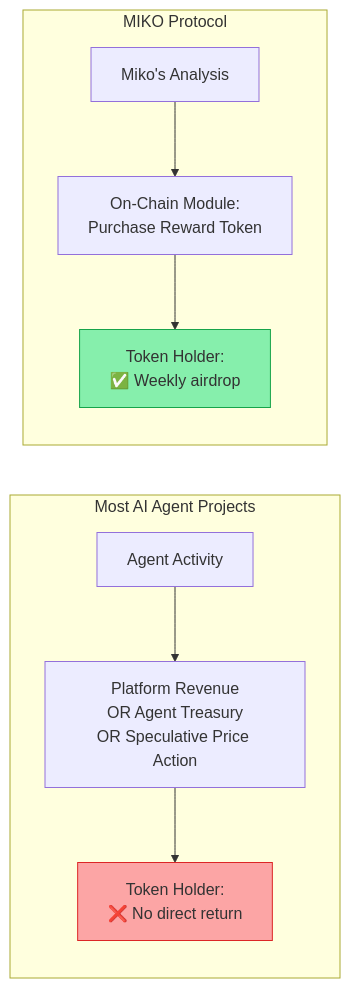
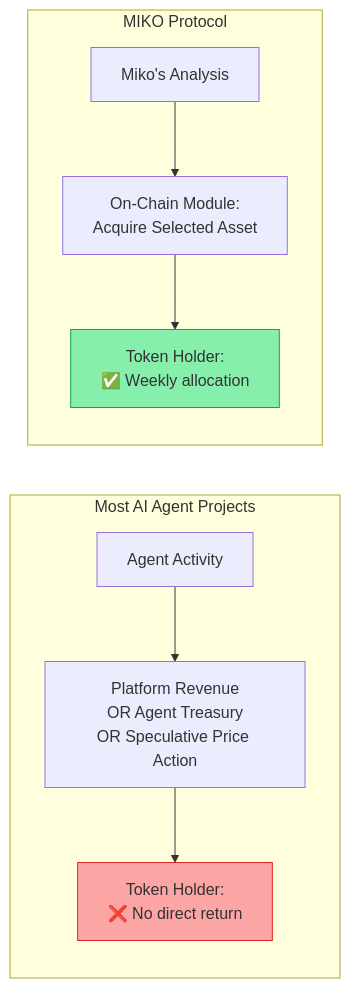
One commit to Miko-Protocol/docs changed the second of 2 diagrams in docs/ecosystem/the-ai-agent-era.md. Above: the diagram before and after it, drawn with Mermaid. The commit also changed other lines of this file and 17 other files, not shown here.

````diff
--- a/docs/ecosystem/the-ai-agent-era.md
+++ b/docs/ecosystem/the-ai-agent-era.md
@@ -126,13 +126,13 @@
 ```mermaid
 graph LR
     subgraph "Most AI Agent Projects"
         A["Agent Activity"] --> B["Platform Revenue<br/>OR Agent Treasury<br/>OR Speculative Price Action"]
         B --> C["Token Holder:<br/>❌ No direct return"]
     end
     subgraph "MIKO Protocol"
-        D["Miko's Analysis"] --> E["On-Chain Module:<br/>Purchase Reward Token"]
-        E --> F["Token Holder:<br/>✅ Weekly airdrop"]
+        D["Miko's Analysis"] --> E["On-Chain Module:<br/>Acquire Selected Asset"]
+        E --> F["Token Holder:<br/>✅ Weekly allocation"]
     end
     style C fill:#fca5a5,stroke:#dc2626
     style F fill:#86efac,stroke:#16a34a
 ```
````
